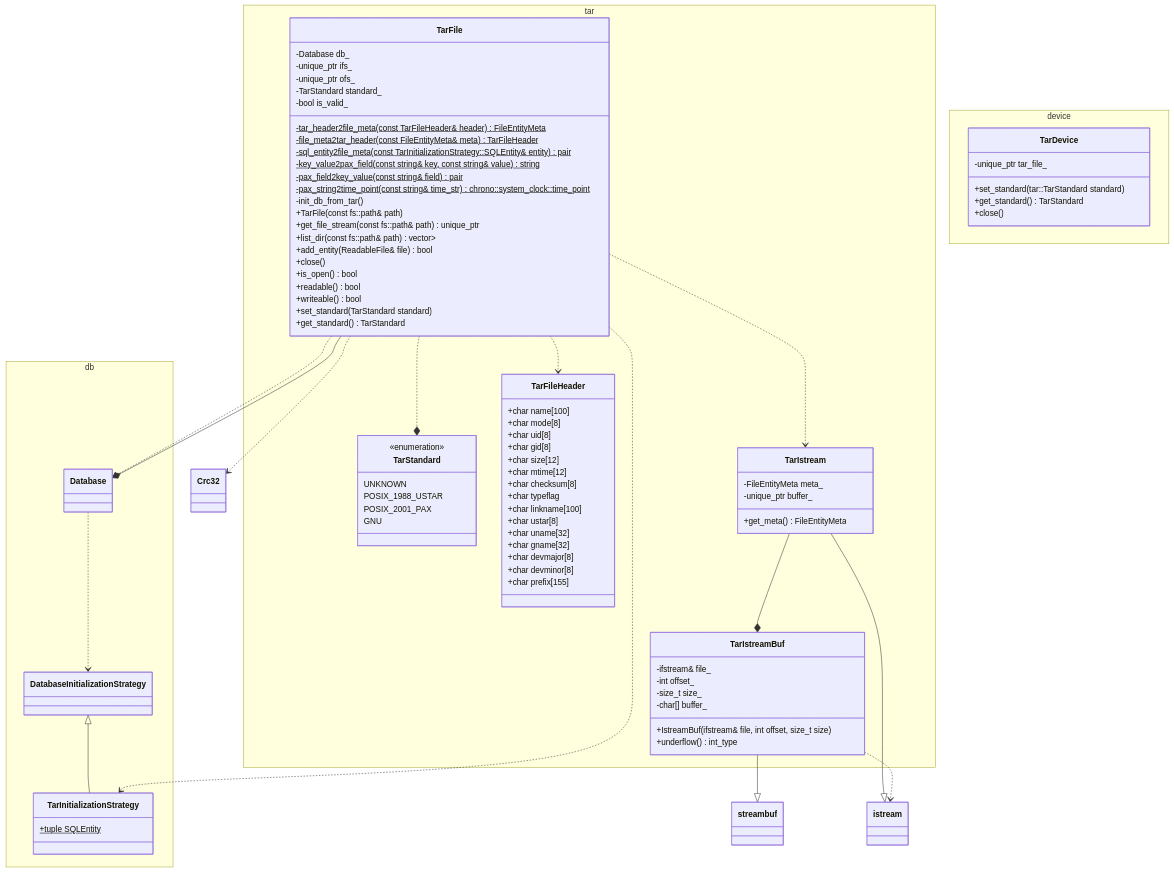
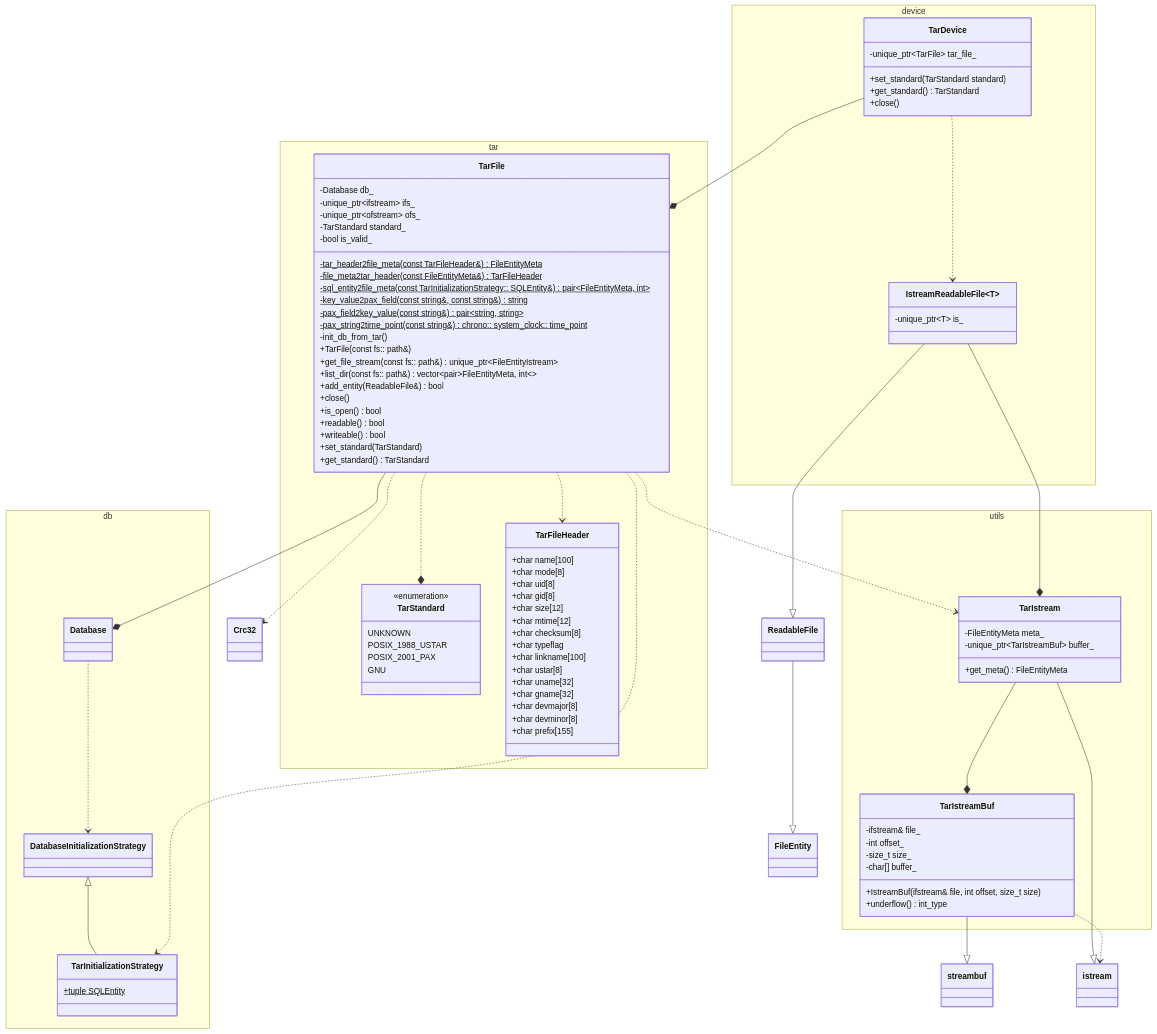
One commit to YinChenming/backup-suite changed the third of 22 diagrams in docs/系统设计文档.md. Above: the diagram before and after it, drawn with Mermaid. The commit also changed other lines of this file and 2 other files, not shown here.

````diff
--- a/docs/系统设计文档.md
+++ b/docs/系统设计文档.md
@@ -257,94 +164,103 @@
 ```mermaid
 classDiagram
-namespace db {
-    class Database
-    class DatabaseInitializationStrategy
-    class TarInitializationStrategy {
-        +tuple SQLEntity$
+    namespace db {
+        class Database
+        class DatabaseInitializationStrategy
+        class TarInitializationStrategy {
+            +tuple SQLEntity$
+        }
     }
-}
-namespace tar {
-    class TarStandard {
-        <<enumeration>>
-        UNKNOWN
-        POSIX_1988_USTAR
-        POSIX_2001_PAX
-        GNU
+    namespace tar {
+        class TarStandard {
+            <<enumeration>>
+            UNKNOWN
+            POSIX_1988_USTAR
+            POSIX_2001_PAX
+            GNU
+        }
+        class TarFileHeader {
+            +char name[100]
+            +char mode[8]
+            +char uid[8]
+            +char gid[8]
+            +char size[12]
+            +char mtime[12]
+            +char checksum[8]
+            +char typeflag
+            +char linkname[100]
+            +char ustar[8]
+            +char uname[32]
+            +char gname[32]
+            +char devmajor[8]
+            +char devminor[8]
+            +char prefix[155]
+        }
+        class TarFile {
+            -Database db_
+            -unique_ptr~ifstream~ ifs_
+            -unique_ptr~ofstream~ ofs_
+            -TarStandard standard_
+            -bool is_valid_
+            -tar_header2file_meta(const TarFileHeader&) FileEntityMeta$
+            -file_meta2tar_header(const FileEntityMeta&) TarFileHeader$
+            -sql_entity2file_meta(const TarInitializationStrategy:: SQLEntity&) pair~FileEntityMeta, int~$
+            -key_value2pax_field(const string&, const string&) string$
+            -pax_field2key_value(const string&) pair~string, string~$
+            -pax_string2time_point(const string&) chrono:: system_clock:: time_point$
+            -init_db_from_tar()
+            +TarFile(const fs:: path&)
+            +get_file_stream(const fs:: path&) unique_ptr~FileEntityIstream~
+            +list_dir(const fs:: path&) vector~pair~FileEntityMeta, int~~
+            +add_entity(ReadableFile&) bool
+            +close()
+            +is_open() bool
+            +readable() bool
+            +writeable() bool
+            +set_standard(TarStandard)
+            +get_standard() TarStandard
+        }
     }
-    class TarFileHeader {
-        +char name[100]
-        +char mode[8]
-        +char uid[8]
-        +char gid[8]
-        +char size[12]
-        +char mtime[12]
-        +char checksum[8]
-        +char typeflag
-        +char linkname[100]
-        +char ustar[8]
-        +char uname[32]
-        +char gname[32]
-        +char devmajor[8]
-        +char devminor[8]
-        +char prefix[155]
+    namespace utils {
+        class TarIstreamBuf {
+            -ifstream& file_
+            -int offset_
+            -size_t size_
+            -char[] buffer_
+            +IstreamBuf(ifstream& file, int offset, size_t size)
+            +underflow() int_type
+        }
+        class TarIstream {
+            -FileEntityMeta meta_
+            -unique_ptr~TarIstreamBuf~ buffer_
+            +get_meta() FileEntityMeta
+        }
     }
-    class TarIstreamBuf {
-        -ifstream& file_
-        -int offset_
-        -size_t size_
-        -char[] buffer_
-        +IstreamBuf(ifstream& file, int offset, size_t size)
-        +underflow() int_type
+    namespace device {
+        class IstreamReadableFile~T~ {
+            -unique_ptr~T~ is_
+        }
+        class TarDevice {
+            -unique_ptr~TarFile~ tar_file_
+            +set_standard(TarStandard standard)
+            +get_standard() TarStandard
+            +close()
+        }
     }
-    class TarIstream {
-        -FileEntityMeta meta_
-        -unique_ptr<IstreamBuf> buffer_
-        +get_meta() FileEntityMeta
-    }
-    class TarFile {
-        -Database db_
-        -unique_ptr<ifstream> ifs_
-        -unique_ptr<ofstream> ofs_
-        -TarStandard standard_
-        -bool is_valid_
-        -tar_header2file_meta(const TarFileHeader& header) FileEntityMeta$
-        -file_meta2tar_header(const FileEntityMeta& meta) TarFileHeader$
-        -sql_entity2file_meta(const TarInitializationStrategy::SQLEntity& entity) pair<FileEntityMeta, int>$
-        -key_value2pax_field(const string& key, const string& value) string$
-        -pax_field2key_value(const string& field) pair<string, string>$
-        -pax_string2time_point(const string& time_str) chrono::system_clock::time_point$
-        -init_db_from_tar()
-        +TarFile(const fs::path& path)
-        +get_file_stream(const fs::path& path) unique_ptr<FileEntityIstream>
-        +list_dir(const fs::path& path) vector<pair<FileEntityMeta, int>>
-        +add_entity(ReadableFile& file) bool
-        +close()
-        +is_open() bool
-        +readable() bool
-        +writeable() bool
-        +set_standard(TarStandard standard)
-        +get_standard() TarStandard
-    }
-}
-namespace device {
-    class TarDevice {
-        -unique_ptr<tar::TarFile> tar_file_
-        +set_standard(tar::TarStandard standard)
-        +get_standard() TarStandard
-        +close()
-    }
-}
-DatabaseInitializationStrategy <|-- TarInitializationStrategy
-Database ..> DatabaseInitializationStrategy
-TarIstream --* TarIstreamBuf
-TarIstreamBuf --|> streambuf
-TarIstream --|> istream
-TarIstreamBuf ..> istream
-TarFile ..> TarFileHeader
-TarFile ..> Database
-TarFile ..* TarStandard
-TarFile ..> TarIstream
-TarFile --* Database
-TarFile ..> TarInitializationStrategy
-TarFile ..> Crc32
+    DatabaseInitializationStrategy <|-- TarInitializationStrategy
+    Database ..> DatabaseInitializationStrategy
+    TarIstream --* TarIstreamBuf
+    TarIstreamBuf --|> streambuf
+    TarIstream --|> istream
+    TarIstreamBuf ..> istream
+    TarFile ..> TarFileHeader
+    TarFile ..* TarStandard
+    TarFile ..> TarIstream
+    TarFile --* Database
+    TarFile ..> TarInitializationStrategy
+    TarFile ..> Crc32
+    TarDevice --* TarFile
+    IstreamReadableFile~T~ --|> ReadableFile
+    ReadableFile --|> FileEntity
+    TarDevice ..> IstreamReadableFile~TarIstream~
+    IstreamReadableFile~TarIstream~ --* TarIstream
 ```
````
